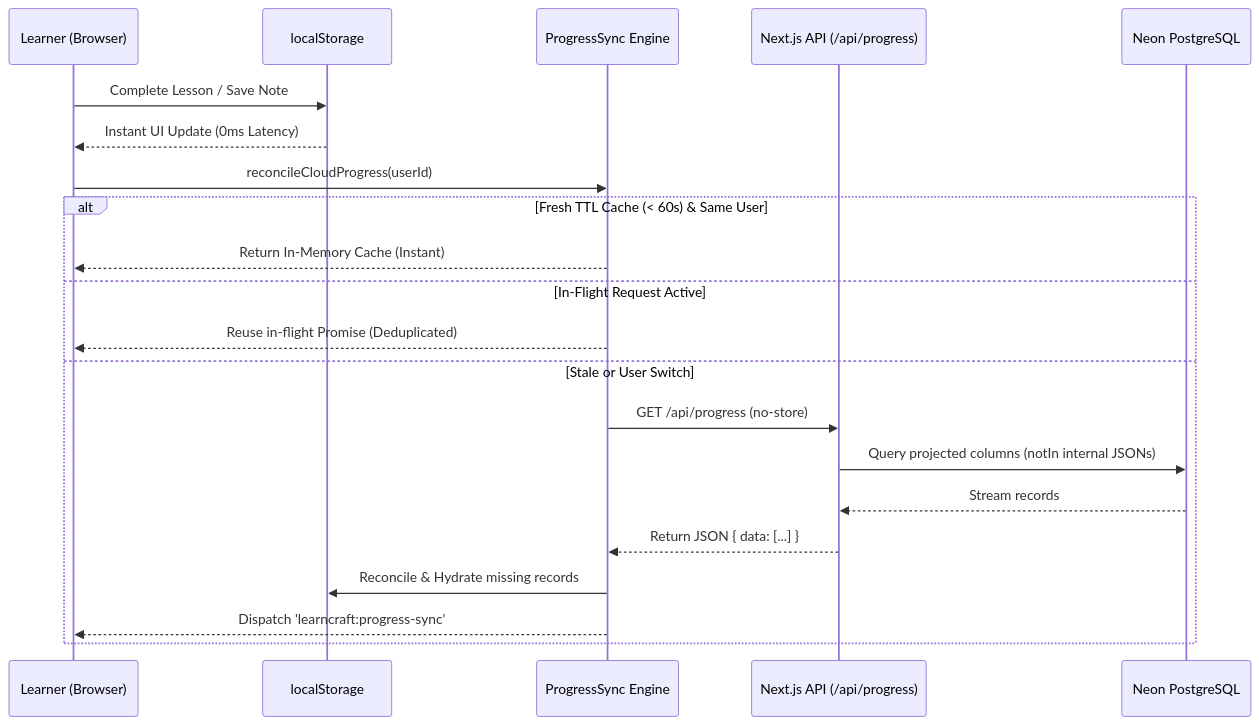
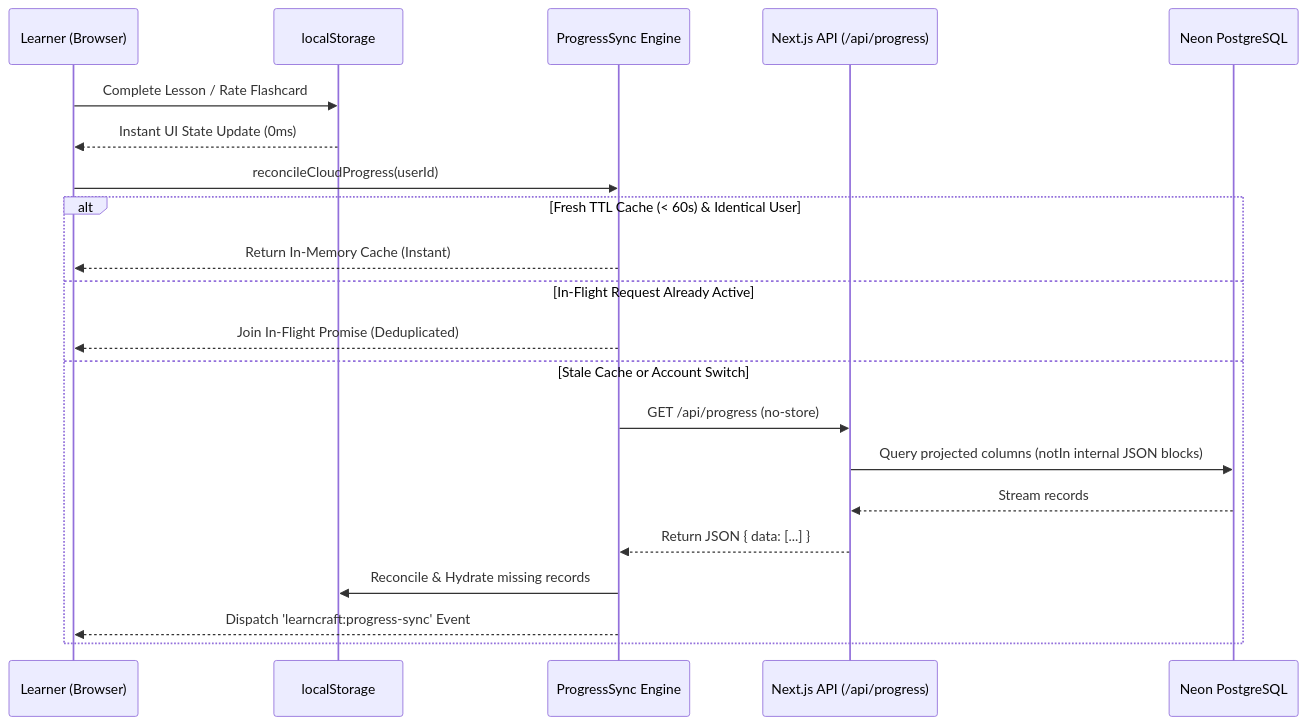
One commit to iammehedi4201/LearnCraft changed the second of 3 diagrams in README.md. Above: the diagram before and after it, drawn with Mermaid. The commit also changed other lines of this file and 5 other files, not shown here.

````diff
--- a/README.md
+++ b/README.md
@@ -168,25 +207,25 @@
 ```mermaid
 sequenceDiagram
     participant User as Learner (Browser)
     participant Local as localStorage
     participant Sync as ProgressSync Engine
     participant API as Next.js API (/api/progress)
     participant DB as Neon PostgreSQL
 
-    User->>Local: Complete Lesson / Save Note
-    Local-->>User: Instant UI Update (0ms Latency)
+    User->>Local: Complete Lesson / Rate Flashcard
+    Local-->>User: Instant UI State Update (0ms)
     
     User->>Sync: reconcileCloudProgress(userId)
-    alt Fresh TTL Cache (< 60s) & Same User
+    alt Fresh TTL Cache (< 60s) & Identical User
         Sync-->>User: Return In-Memory Cache (Instant)
-    else In-Flight Request Active
-        Sync-->>User: Reuse in-flight Promise (Deduplicated)
-    else Stale or User Switch
+    else In-Flight Request Already Active
+        Sync-->>User: Join In-Flight Promise (Deduplicated)
+    else Stale Cache or Account Switch
         Sync->>API: GET /api/progress (no-store)
-        API->>DB: Query projected columns (notIn internal JSONs)
+        API->>DB: Query projected columns (notIn internal JSON blocks)
         DB-->>API: Stream records
         API-->>Sync: Return JSON { data: [...] }
         Sync->>Local: Reconcile & Hydrate missing records
-        Sync-->>User: Dispatch 'learncraft:progress-sync'
+        Sync-->>User: Dispatch 'learncraft:progress-sync' Event
     end
 ```
````
